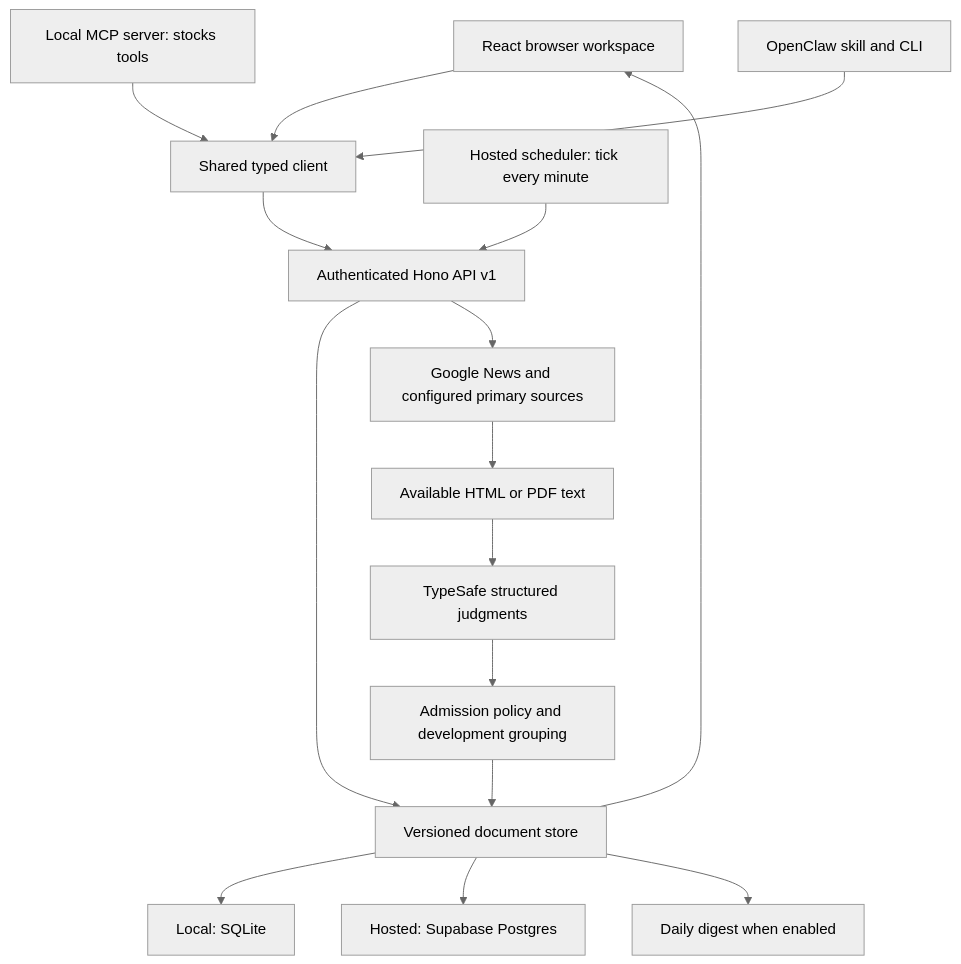
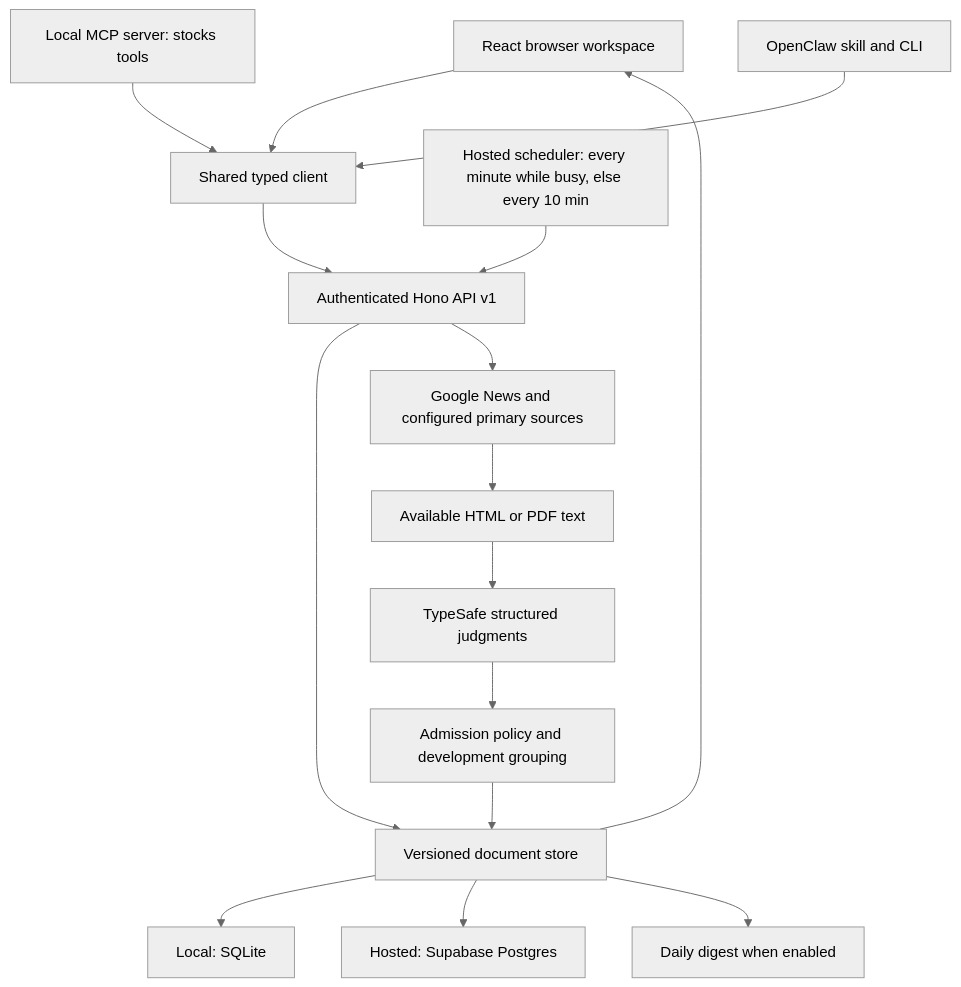
The diagram in ARCHITECTURE.md (NithinMantena/stock-monitoring), drawn with Mermaid (neutral theme) before and after one commit. The commit also changed other lines of this file and 11 other files, not shown here.

First line of the commit message:
Gate the hosted scheduler to cut Supabase log ingestion

````diff
--- a/ARCHITECTURE.md
+++ b/ARCHITECTURE.md
@@ -13,18 +13,18 @@
 ```mermaid
 flowchart TD
     UI[React browser workspace] --> Client[Shared typed client]
     MCP[Local MCP server: stocks tools] --> Client
     Bot[OpenClaw skill and CLI] --> Client
     Client --> API[Authenticated Hono API v1]
-    Cron[Hosted scheduler: tick every minute] --> API
+    Cron[Hosted scheduler: every minute while busy, else every 10 min] --> API
     API --> Store[Versioned document store]
     Store --> Local[Local: SQLite]
     Store --> Cloud[Hosted: Supabase Postgres]
     API --> Discovery[Google News and configured primary sources]
     Discovery --> Retrieval[Available HTML or PDF text]
     Retrieval --> AI[TypeSafe structured judgments]
     AI --> Policy[Admission policy and development grouping]
     Policy --> Store
     Store --> UI
     Store --> Digest[Daily digest when enabled]
 ```
````
